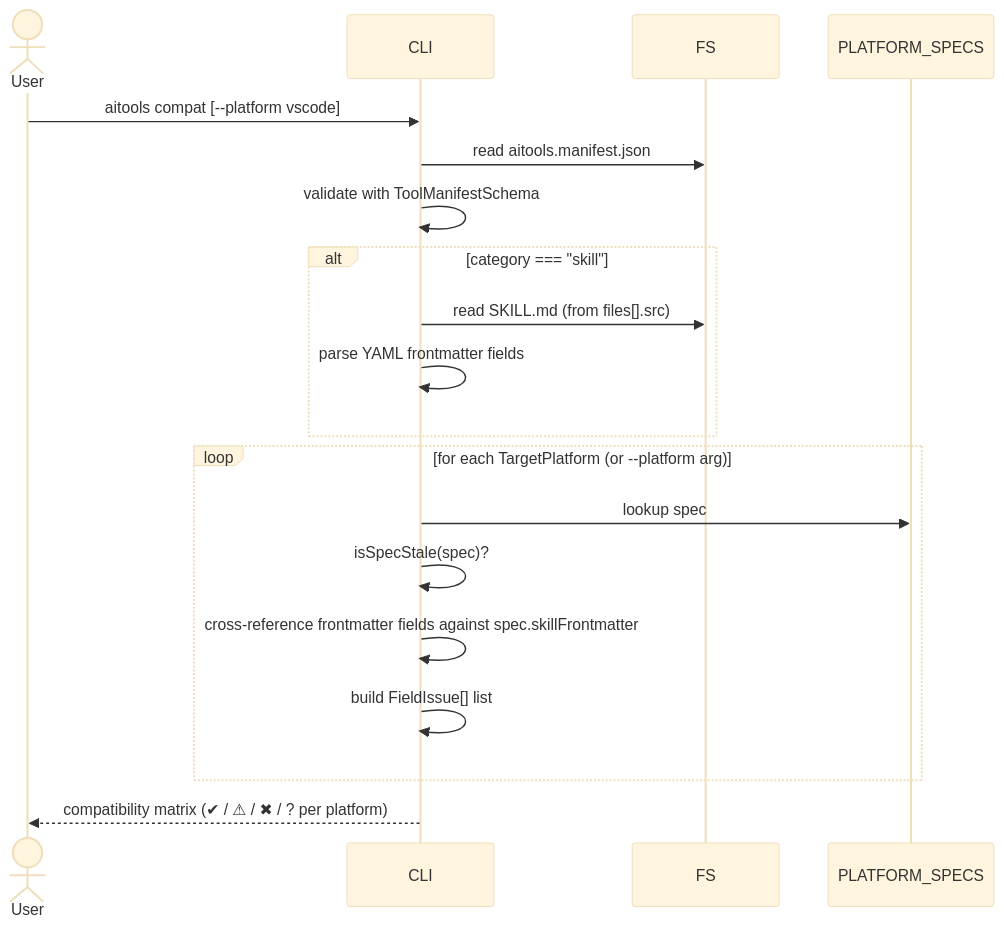
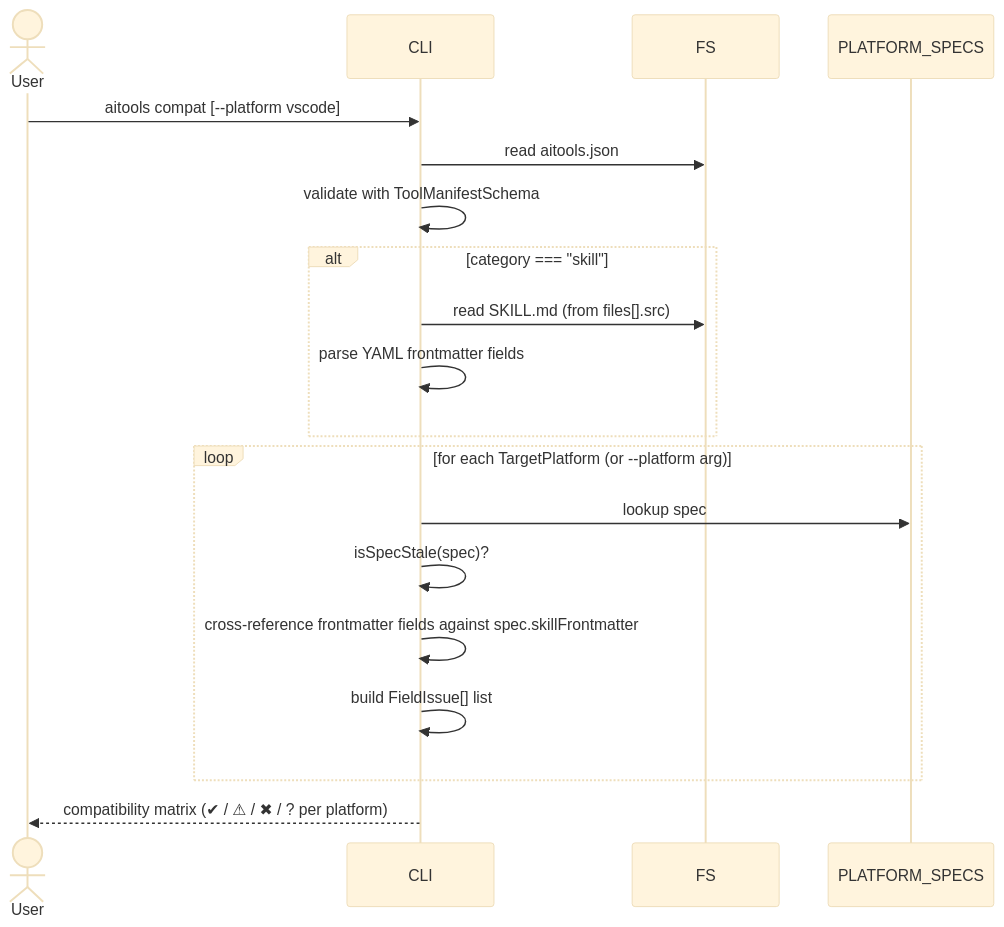
The sixth of 6 diagrams in docs/design/flows.md (bitgenetics/aitools), drawn with Mermaid (base theme) before and after one commit. The commit also changed other lines of this file and 28 other files, not shown here.

````diff
--- a/docs/design/flows.md
+++ b/docs/design/flows.md
@@ -197,25 +197,25 @@
 ```mermaid
 sequenceDiagram
     actor User
     participant CLI
     participant FS
     participant PLATFORM_SPECS
 
     User->>CLI: aitools compat [--platform vscode]
-    CLI->>FS: read aitools.manifest.json
+    CLI->>FS: read aitools.json
     CLI->>CLI: validate with ToolManifestSchema
 
     alt category === "skill"
         CLI->>FS: read SKILL.md (from files[].src)
         CLI->>CLI: parse YAML frontmatter fields
     end
 
     loop for each TargetPlatform (or --platform arg)
         CLI->>PLATFORM_SPECS: lookup spec
         CLI->>CLI: isSpecStale(spec)?
         CLI->>CLI: cross-reference frontmatter fields against spec.skillFrontmatter
         CLI->>CLI: build FieldIssue[] list
     end
 
     CLI-->>User: compatibility matrix (✔ / ⚠ / ✖ / ? per platform)
 ```
````
